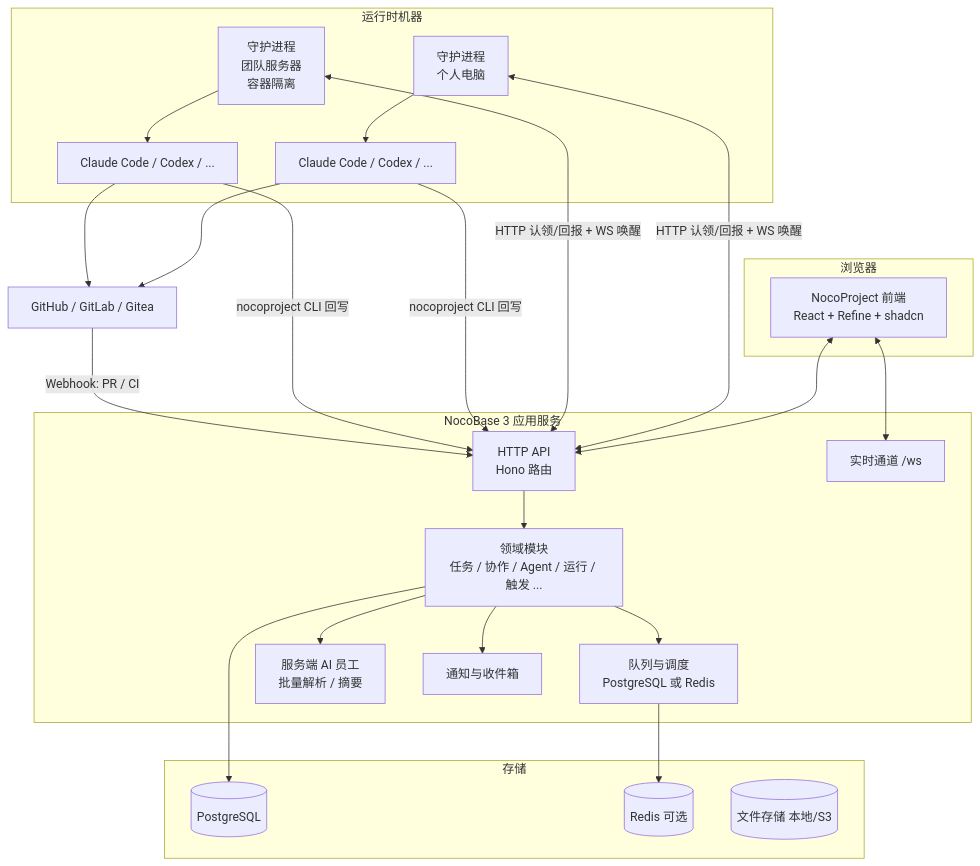
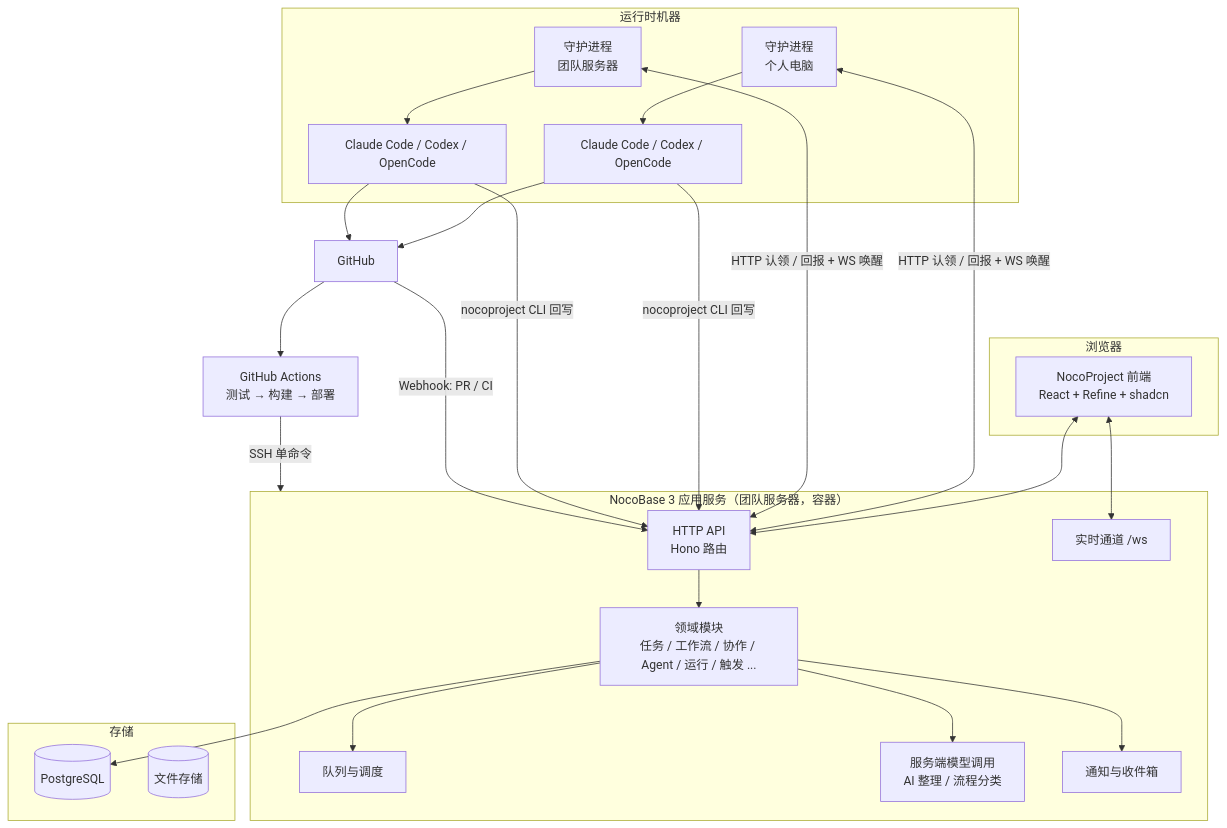
Before and after one commit to nocobase/NocoProject: the second of 2 diagrams in NocoProject 产品与技术方案.md, drawn with Mermaid. The commit also changed other lines of this file and 6 other files, not shown here.

````diff
--- a/NocoProject 产品与技术方案.md
+++ b/NocoProject 产品与技术方案.md
@@ -350,42 +472,42 @@
 ```mermaid
 flowchart TB
   subgraph Browser[浏览器]
     UI[NocoProject 前端<br/>React + Refine + shadcn]
   end
-  subgraph Server[NocoBase 3 应用服务]
+  subgraph Server[NocoBase 3 应用服务（团队服务器，容器）]
     API[HTTP API<br/>Hono 路由]
     WS[实时通道 /ws]
-    DOM[领域模块<br/>任务 / 协作 / Agent / 运行 / 触发 ...]
-    Q[队列与调度<br/>PostgreSQL 或 Redis]
-    AI[服务端 AI 员工<br/>批量解析 / 摘要]
+    DOM[领域模块<br/>任务 / 工作流 / 协作 / Agent / 运行 / 触发 ...]
+    Q[队列与调度]
+    AI[服务端模型调用<br/>AI 整理 / 流程分类]
     NOTI[通知与收件箱]
   end
   subgraph Store[存储]
     PG[(PostgreSQL)]
-    RD[(Redis 可选)]
-    FS[(文件存储 本地/S3)]
+    FS[(文件存储)]
   end
   subgraph Machines[运行时机器]
     D1[守护进程<br/>个人电脑]
-    D2[守护进程<br/>团队服务器<br/>容器隔离]
-    CLI1[Claude Code / Codex / ...]
-    CLI2[Claude Code / Codex / ...]
+    D2[守护进程<br/>团队服务器]
+    CLI1[Claude Code / Codex / OpenCode]
+    CLI2[Claude Code / Codex / OpenCode]
     D1 --> CLI1
     D2 --> CLI2
   end
-  GIT[GitHub / GitLab / Gitea]
+  GIT[GitHub]
+  CI[GitHub Actions<br/>测试 → 构建 → 部署]
   UI <--> API
   UI <--> WS
   API --> DOM --> PG
   DOM --> Q
   DOM --> AI
   DOM --> NOTI
-  Q --> RD
-  D1 <-->|HTTP 认领/回报 + WS 唤醒| API
-  D2 <-->|HTTP 认领/回报 + WS 唤醒| API
+  D1 <-->|HTTP 认领 / 回报 + WS 唤醒| API
+  D2 <-->|HTTP 认领 / 回报 + WS 唤醒| API
   CLI1 -->|nocoproject CLI 回写| API
   CLI2 -->|nocoproject CLI 回写| API
   CLI1 --> GIT
   CLI2 --> GIT
   GIT -->|Webhook: PR / CI| API
+  GIT --> CI -->|SSH 单命令| Server
 ```
````
